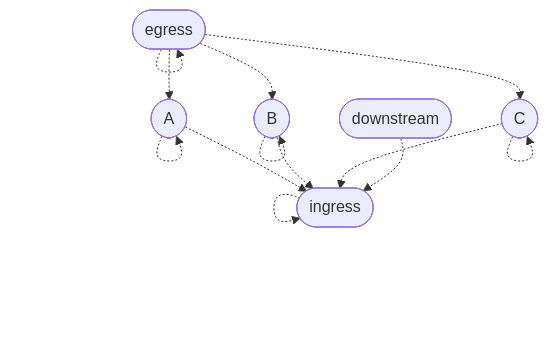
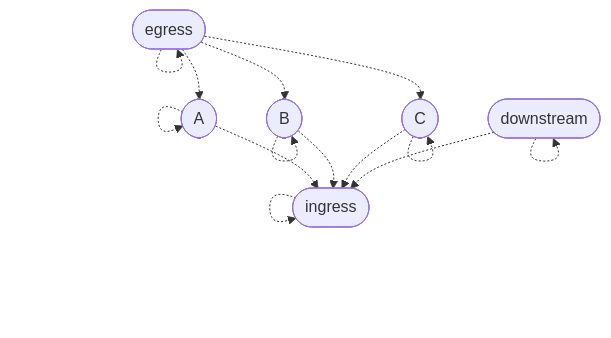
Diagram 21 of 25 in proofs/AdmissibilityGraph/README.md (stepchowfun/proofs), drawn with Mermaid before and after one commit. The commit also changed other lines of this file, not shown here.

Commit message:
Wordsmith the admissibility graph README

````diff
--- a/proofs/AdmissibilityGraph/README.md
+++ b/proofs/AdmissibilityGraph/README.md
@@ -415,22 +415,23 @@
 ```mermaid
 flowchart TD
   e([egress])
   i([ingress])
   a([A])
   b([B])
   c([C])
   down([downstream])
 
   e -.-> e
   i -.-> i
   a -.-> a
   b -.-> b
   c -.-> c
+  down -.-> down
   e -.-> a
   e -.-> b
   e -.-> c
   a -.-> i
   b -.-> i
   c -.-> i
   down -.-> i
 ```
````
